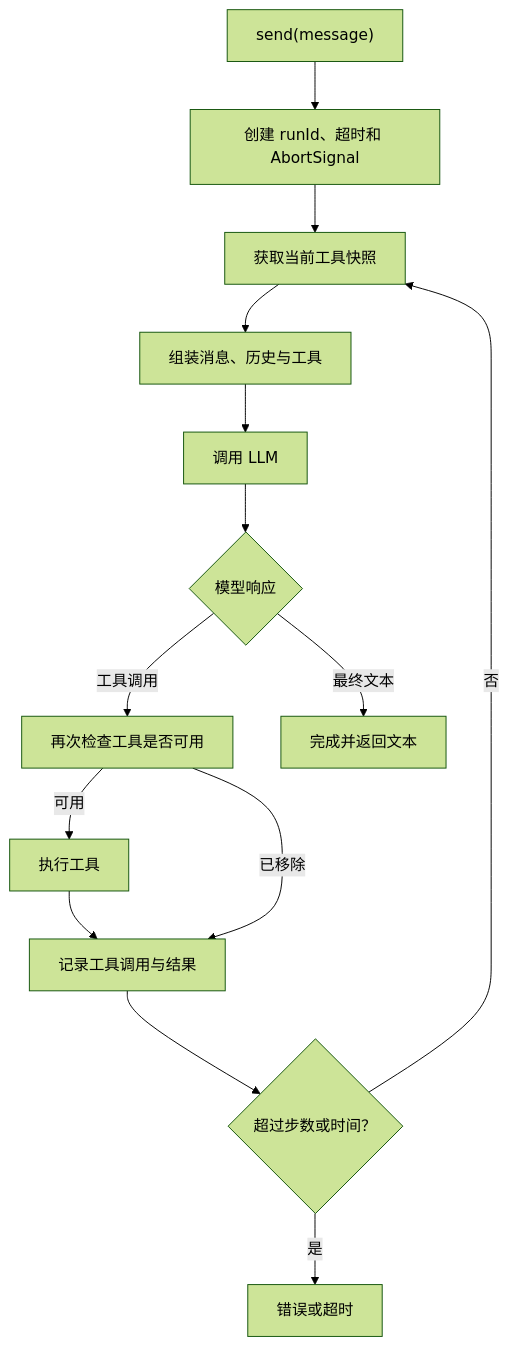
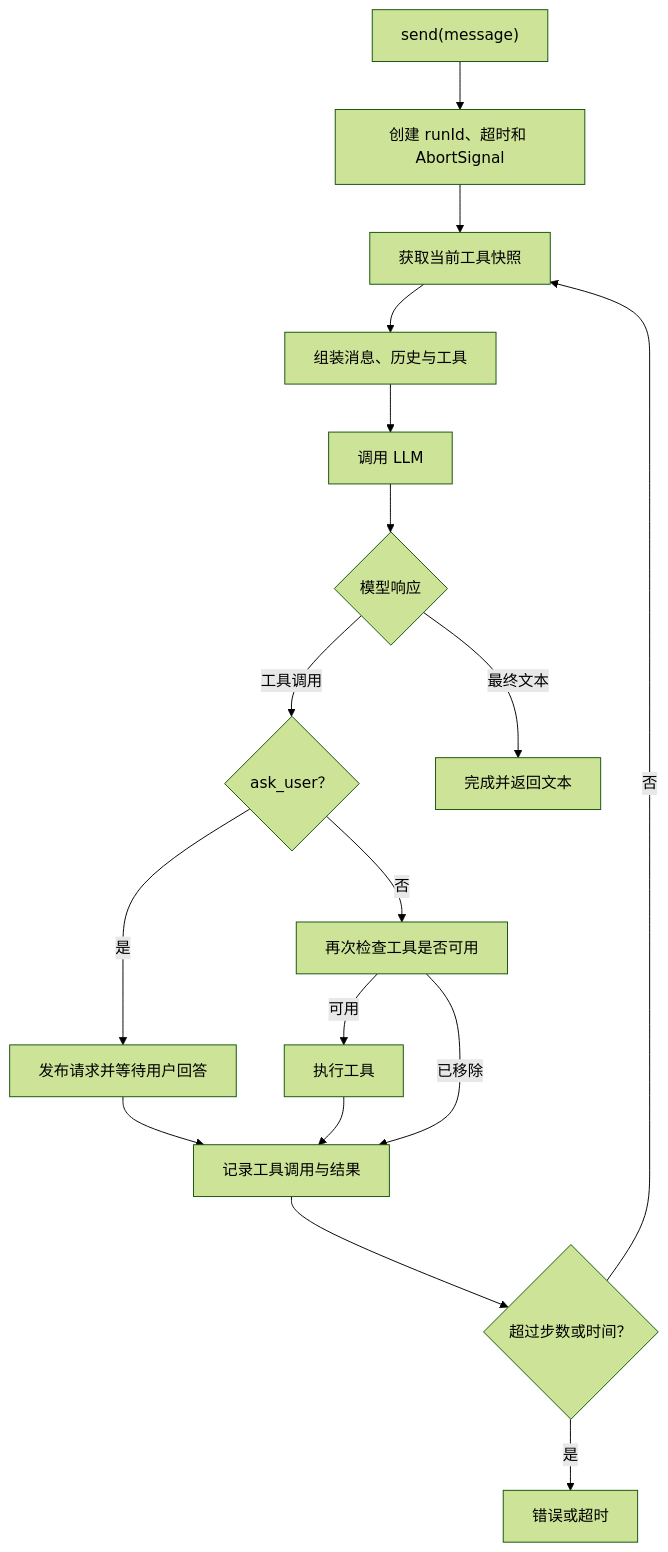
Before and after one commit to SevenNorth/karkata: the second of 5 diagrams in docs/design/Karkata无头智能体运行时设计.md, drawn with Mermaid (forest theme). The commit also changed other lines of this file and 12 other files, not shown here.

````diff
--- a/docs/design/Karkata无头智能体运行时设计.md
+++ b/docs/design/Karkata无头智能体运行时设计.md
@@ -315,23 +316,27 @@
 ```mermaid
 flowchart TB
     Send["send(message)"]
     Start["创建 runId、超时和 AbortSignal"]
     Snapshot["获取当前工具快照"]
     Context["组装消息、历史与工具"]
     Invoke["调用 LLM"]
     Kind{"模型响应"}
     Validate["再次检查工具是否可用"]
     Execute["执行工具"]
+    Human{"ask_user？"}
+    Wait["发布请求并等待用户回答"]
     Record["记录工具调用与结果"]
     Limit{"超过步数或时间？"}
     Complete["完成并返回文本"]
     Fail["错误或超时"]
 
     Send --> Start --> Snapshot --> Context --> Invoke --> Kind
     Kind -->|"最终文本"| Complete
-    Kind -->|"工具调用"| Validate
+    Kind -->|"工具调用"| Human
+    Human -->|"是"| Wait --> Record
+    Human -->|"否"| Validate
     Validate -->|"可用"| Execute --> Record --> Limit
     Validate -->|"已移除"| Record
     Limit -->|"否"| Snapshot
     Limit -->|"是"| Fail
 ```
````
